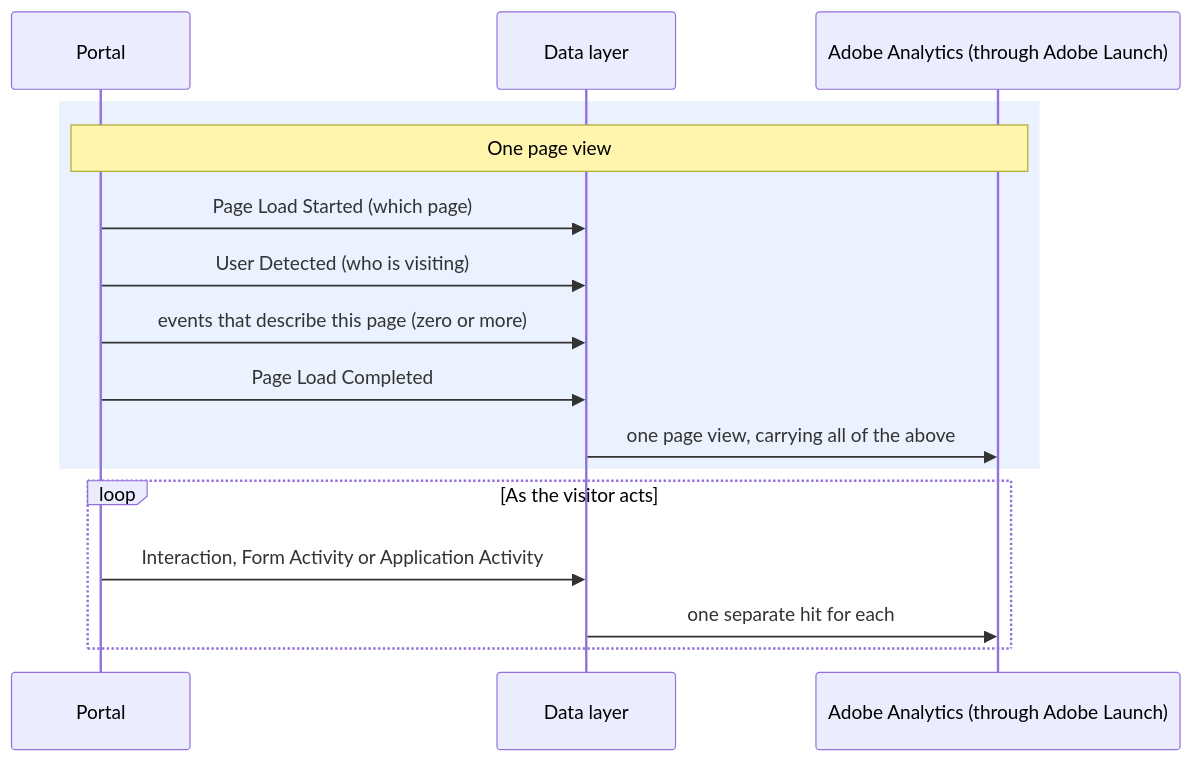
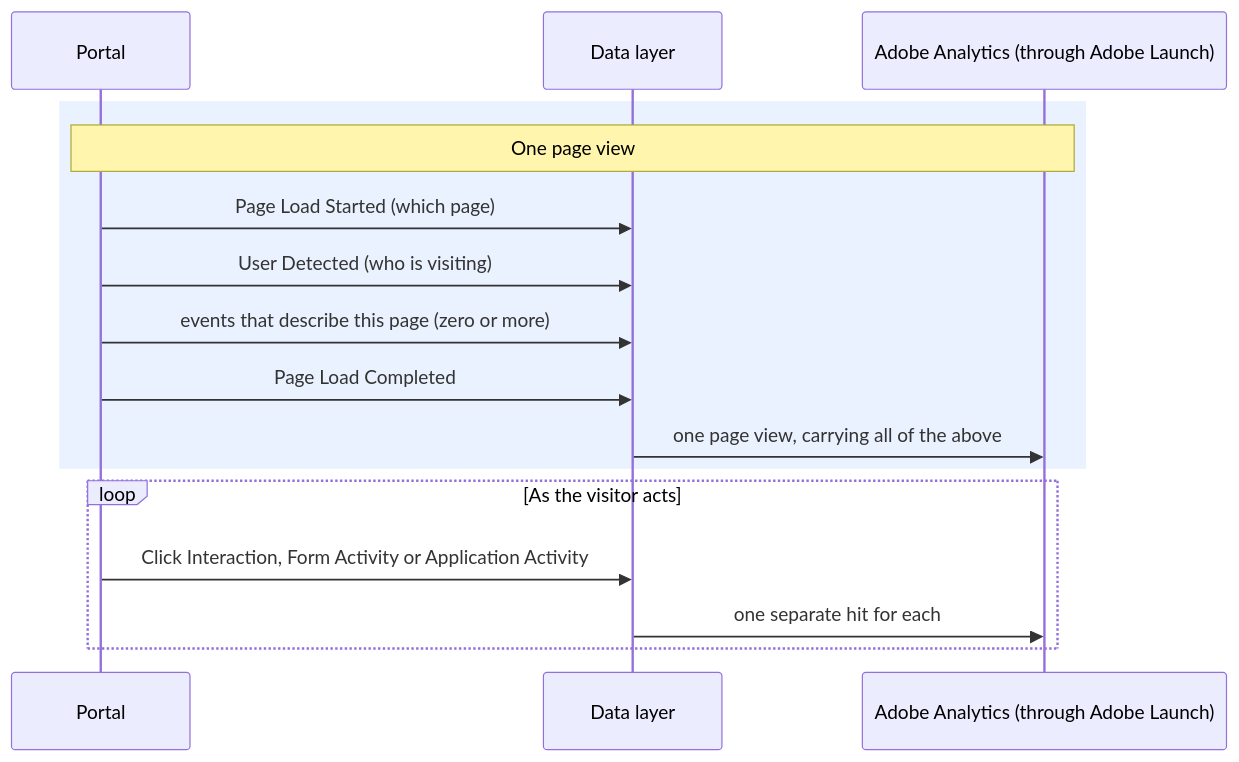
One commit to further-external/client-nyl-gmad-dl-spec changed the first of 2 diagrams in how-it-works.md. Above: the diagram before and after it, drawn with Mermaid. The commit also changed other lines of this file and 16 other files, not shown here.

````diff
--- a/how-it-works.md
+++ b/how-it-works.md
@@ -28,18 +28,18 @@
 ```mermaid
 sequenceDiagram
   participant UI as Portal
   participant DL as Data layer
   participant AA as Adobe Analytics (through Adobe Launch)
   rect rgba(80,140,255,0.12)
     Note over UI,AA: One page view
     UI->>DL: Page Load Started (which page)
     UI->>DL: User Detected (who is visiting)
     UI->>DL: events that describe this page (zero or more)
     UI->>DL: Page Load Completed
     DL->>AA: one page view, carrying all of the above
   end
   loop As the visitor acts
-    UI->>DL: Interaction, Form Activity or Application Activity
+    UI->>DL: Click Interaction, Form Activity or Application Activity
     DL->>AA: one separate hit for each
   end
 ```
````
